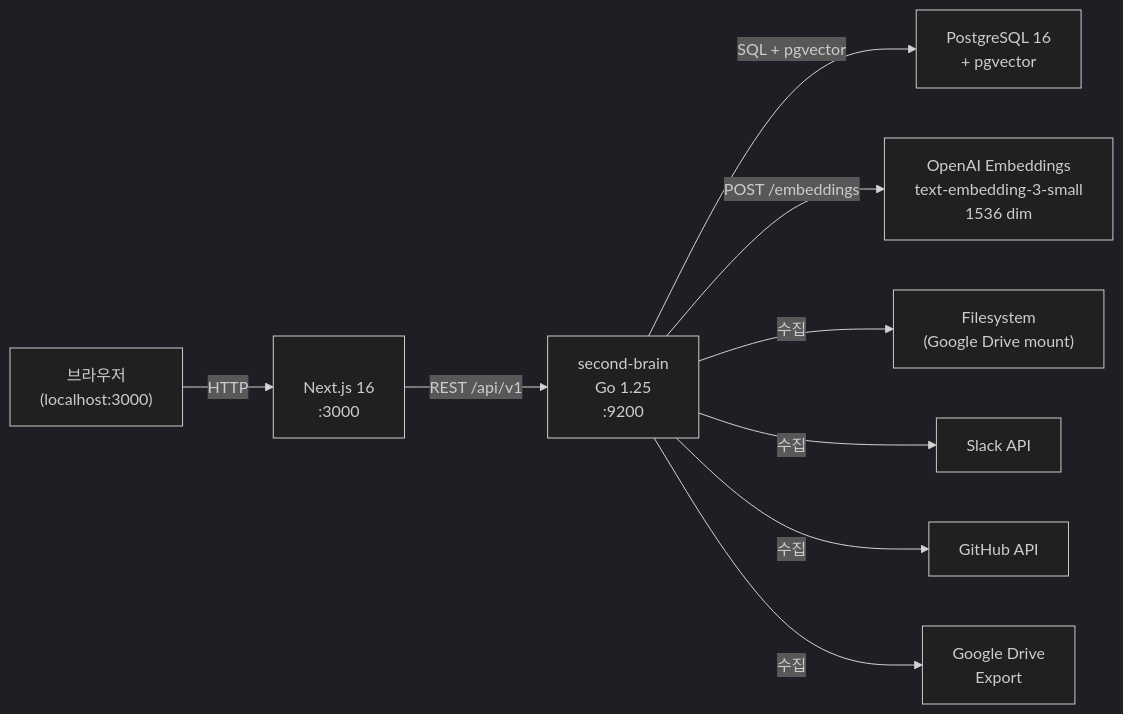
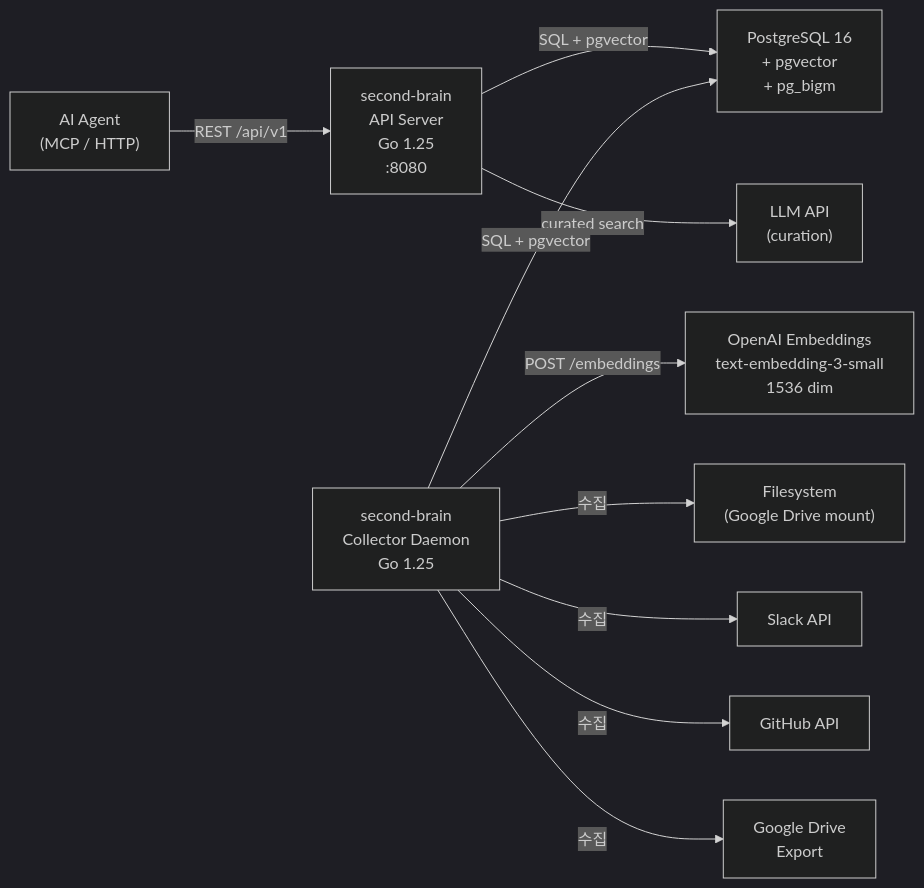
The diagram in README.md (baekenough/second-brain), drawn with Mermaid (dark theme) before and after one commit. The commit also changed other lines of this file and 5 other files, not shown here.

Commit message:
docs: update documentation for curation API architecture

````diff
--- a/README.md
+++ b/README.md
@@ -42,21 +42,23 @@
 ```mermaid
 flowchart LR
-    Browser["브라우저\n(localhost:3000)"]
-    Web["<web-app>\nNext.js 16\n:3000"]
-    Backend["second-brain\nGo 1.25\n:9200"]
-    PG["PostgreSQL 16\n+ pgvector"]
+    Agent["AI Agent\n(MCP / HTTP)"]
+    Server["second-brain\nAPI Server\nGo 1.25\n:8080"]
+    Collector["second-brain\nCollector Daemon\nGo 1.25"]
+    PG["PostgreSQL 16\n+ pgvector\n+ pg_bigm"]
+    LLM["LLM API\n(curation)"]
     OpenAI["OpenAI Embeddings\ntext-embedding-3-small\n1536 dim"]
     FS["Filesystem\n(Google Drive mount)"]
     Slack["Slack API"]
     GH["GitHub API"]
     GD["Google Drive\nExport"]
 
-    Browser -->|HTTP| Web
-    Web -->|REST /api/v1| Backend
-    Backend -->|SQL + pgvector| PG
-    Backend -->|POST /embeddings| OpenAI
-    Backend -->|수집| FS
-    Backend -->|수집| Slack
-    Backend -->|수집| GH
-    Backend -->|수집| GD
+    Agent -->|REST /api/v1| Server
+    Server -->|SQL + pgvector| PG
+    Server -->|curated search| LLM
+    Collector -->|SQL + pgvector| PG
+    Collector -->|POST /embeddings| OpenAI
+    Collector -->|수집| FS
+    Collector -->|수집| Slack
+    Collector -->|수집| GH
+    Collector -->|수집| GD
 ```
````
